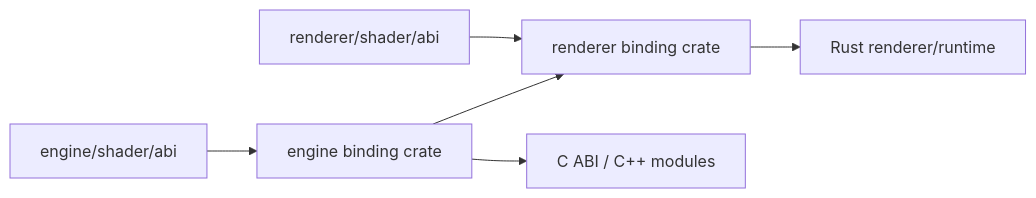
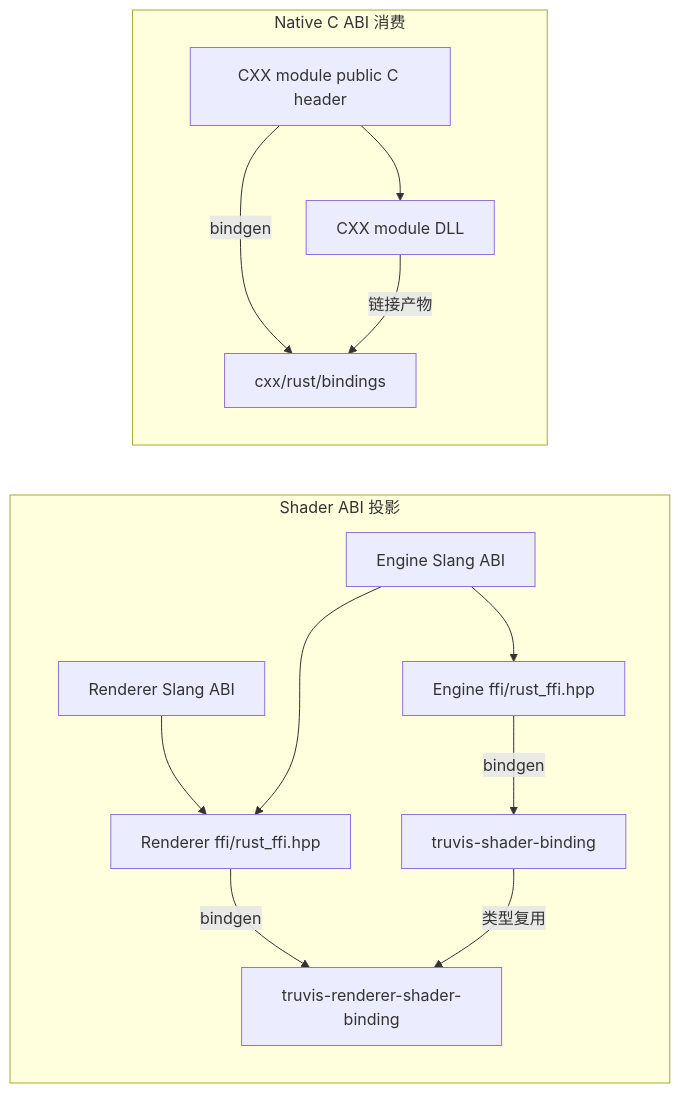
The diagram in docs/design/shader-abi-and-native-integration.md (acccoco/TruvisRenderer), drawn with Mermaid before and after one commit. The commit also changed other lines of this file and 24 other files, not shown here.

````diff
--- a/docs/design/shader-abi-and-native-integration.md
+++ b/docs/design/shader-abi-and-native-integration.md
@@ -9,8 +11,16 @@
 ```mermaid
 flowchart LR
-    EngineAbi["engine/shader/abi"] --> EngineBinding["engine binding crate"]
-    RendererAbi["renderer/shader/abi"] --> RendererBinding["renderer binding crate"]
-    EngineBinding --> RendererBinding
-    RendererBinding --> Rust["Rust renderer/runtime"]
-    EngineBinding --> Cxx["C ABI / C++ modules"]
+    subgraph Shader["Shader ABI 投影"]
+        EngineAbi["Engine Slang ABI"] --> EngineHeader["Engine ffi/rust_ffi.hpp"]
+        RendererAbi["Renderer Slang ABI"] --> RendererHeader["Renderer ffi/rust_ffi.hpp"]
+        EngineAbi --> RendererHeader
+        EngineHeader -->|bindgen| EngineBinding["truvis-shader-binding"]
+        RendererHeader -->|bindgen| RendererBinding["truvis-renderer-shader-binding"]
+        EngineBinding -->|类型复用| RendererBinding
+    end
+    subgraph Native["Native C ABI 消费"]
+        CHeader["CXX module public C header"] --> NativeDll["CXX module DLL"]
+        CHeader -->|bindgen| NativeBinding["cxx/rust/bindings"]
+        NativeDll -->|链接产物| NativeBinding
+    end
 ```
````
